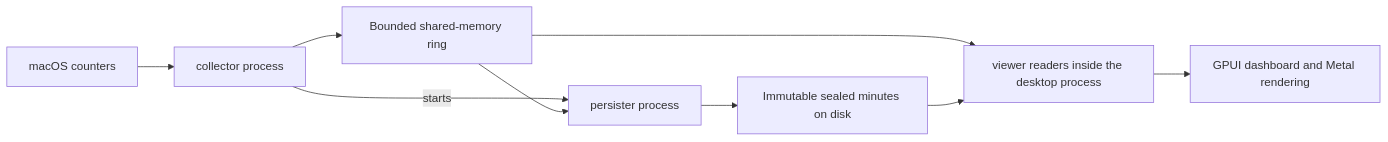
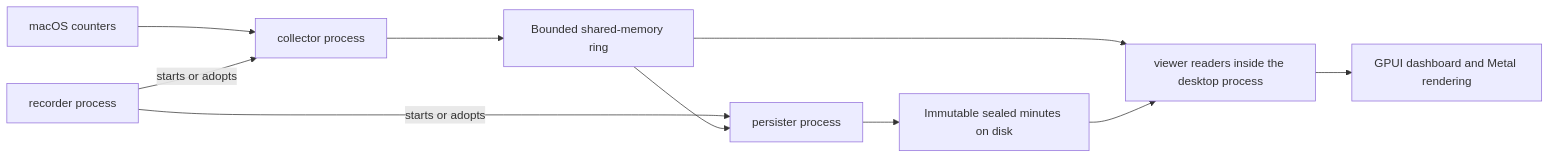
The first of 3 diagrams in docs/architecture.md (joaofnds/flightdeck), drawn with Mermaid before and after one commit. The commit also changed other lines of this file and 165 other files, not shown here.

````diff
--- a/docs/architecture.md
+++ b/docs/architecture.md
@@ -14,11 +14,12 @@
 ```mermaid
 flowchart LR
     Mac[macOS counters] --> Collector[collector process]
     Collector --> Ring[Bounded shared-memory ring]
-    Collector -->|starts| Persister[persister process]
+    Recorder[recorder process] -->|starts or adopts| Collector
+    Recorder -->|starts or adopts| Persister[persister process]
     Ring --> Persister
     Persister --> Saved[Immutable sealed minutes on disk]
     Ring --> Readers[viewer readers inside the desktop process]
     Saved --> Readers
     Readers --> UI[GPUI dashboard and Metal rendering]
 ```
````
